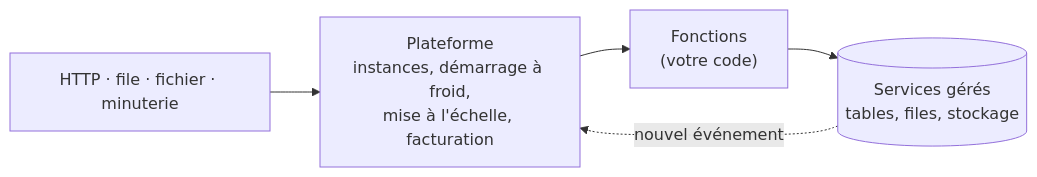
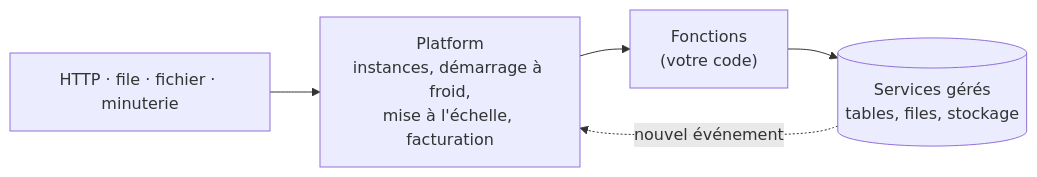
Before and after one commit to drangoht/ArchitecturesDemo: the diagram in Docs/fiches/12-serverless.md, drawn with Mermaid. The commit also changed other lines of this file and 70 other files, not shown here.

Commit message:
Docs FR : identifiants, liens, diagrammes et sorties alignés sur le code anglais

````diff
--- a/Docs/fiches/12-serverless.md
+++ b/Docs/fiches/12-serverless.md
@@ -10,7 +10,7 @@
 ```mermaid
 flowchart LR
-    E["HTTP · file · fichier · minuterie"] --> Mo["Plateforme<br/>instances, démarrage à froid,<br/>mise à l'échelle, facturation"]
+    E["HTTP · file · fichier · minuterie"] --> Mo["Platform<br/>instances, démarrage à froid,<br/>mise à l'échelle, facturation"]
     Mo --> F["Fonctions<br/>(votre code)"]
     F --> G[("Services gérés<br/>tables, files, stockage")]
     G -.->|"nouvel événement"| Mo
 ```
````
